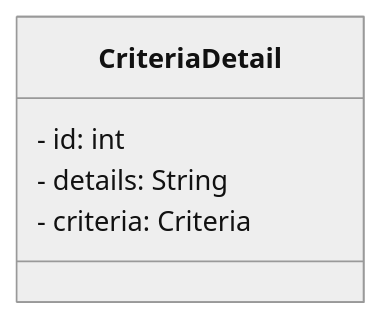
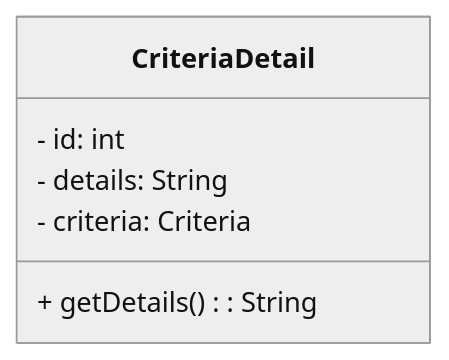
Diagram 17 of 18 in 5. Software E/Project MVC.md (DoanNgocCuong/home), drawn with Mermaid (neutral theme) before and after one commit. The commit also changed other lines of this file, not shown here.

````diff
--- a/5. Software E/Project MVC.md
+++ b/5. Software E/Project MVC.md
@@ -788,8 +802,9 @@
 ```mermaid
 classDiagram
     class CriteriaDetail {
         - id: int
         - details: String
         - criteria: Criteria
+        + getDetails(): String
     }
 ```
````
